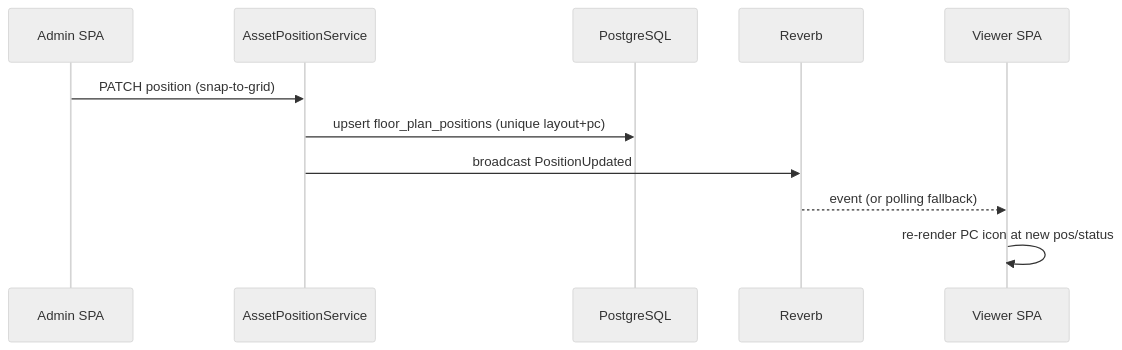
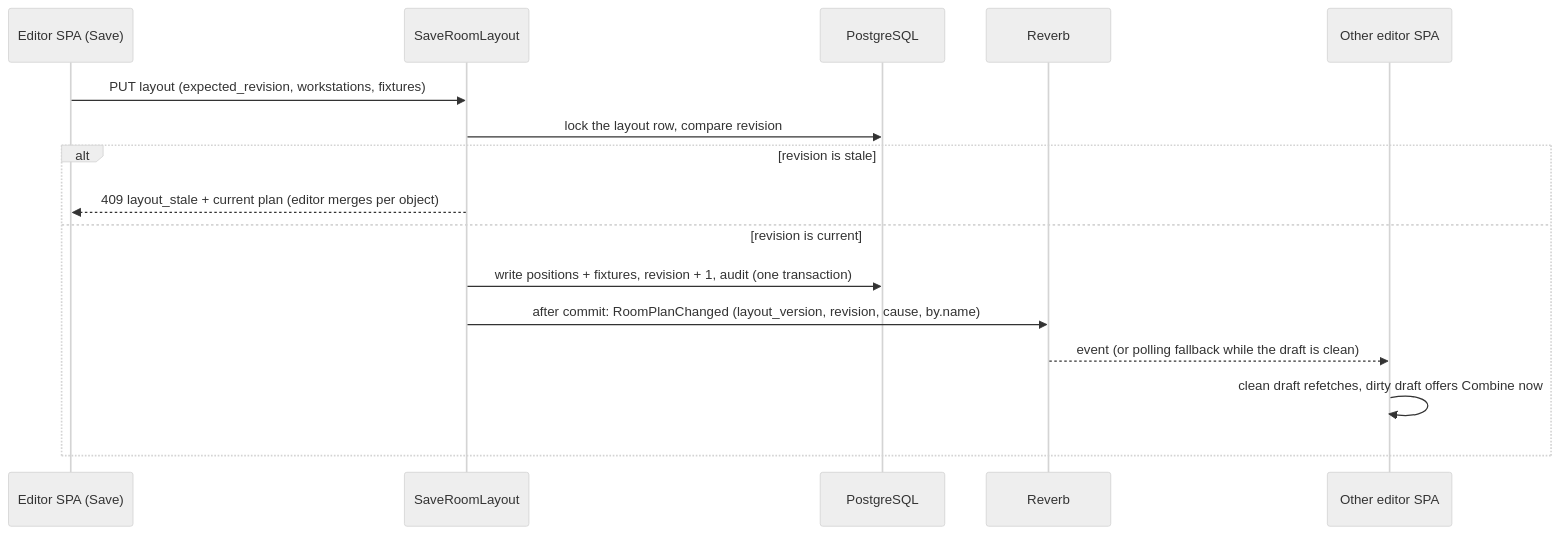
The seventh of 11 diagrams in docs/Software Design Description.md (im-Scrat/SccITTicketSys), drawn with Mermaid (neutral theme) before and after one commit. The commit also changed other lines of this file and 17 other files, not shown here.

````diff
--- a/docs/Software Design Description.md
+++ b/docs/Software Design Description.md
@@ -1105,13 +1106,18 @@
 ```mermaid
 sequenceDiagram
-  participant A as Admin SPA
-  participant L as AssetPositionService
+  participant A as Editor SPA (Save)
+  participant S as SaveRoomLayout
   participant DB as PostgreSQL
   participant RV as Reverb
-  participant V as Viewer SPA
-  A->>L: PATCH position (snap-to-grid)
-  L->>DB: upsert floor_plan_positions (unique layout+pc)
-  L->>RV: broadcast PositionUpdated
-  RV-->>V: event (or polling fallback)
-  V->>V: re-render PC icon at new pos/status
+  participant V as Other editor SPA
+  A->>S: PUT layout (expected_revision, workstations, fixtures)
+  S->>DB: lock the layout row, compare revision
+  alt revision is stale
+    S-->>A: 409 layout_stale + current plan (editor merges per object)
+  else revision is current
+    S->>DB: write positions + fixtures, revision + 1, audit (one transaction)
+    S->>RV: after commit: RoomPlanChanged (layout_version, revision, cause, by.name)
+    RV-->>V: event (or polling fallback while the draft is clean)
+    V->>V: clean draft refetches, dirty draft offers Combine now
+  end
 ```
````
